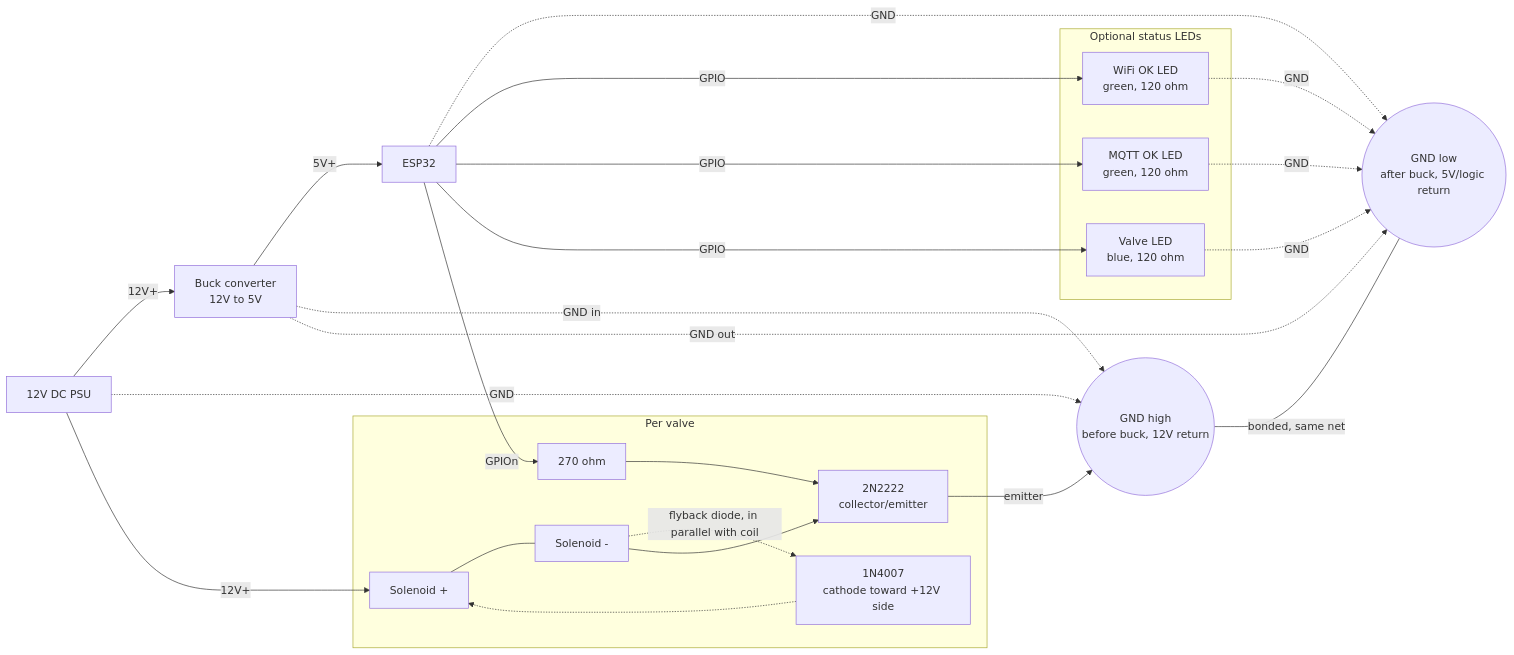
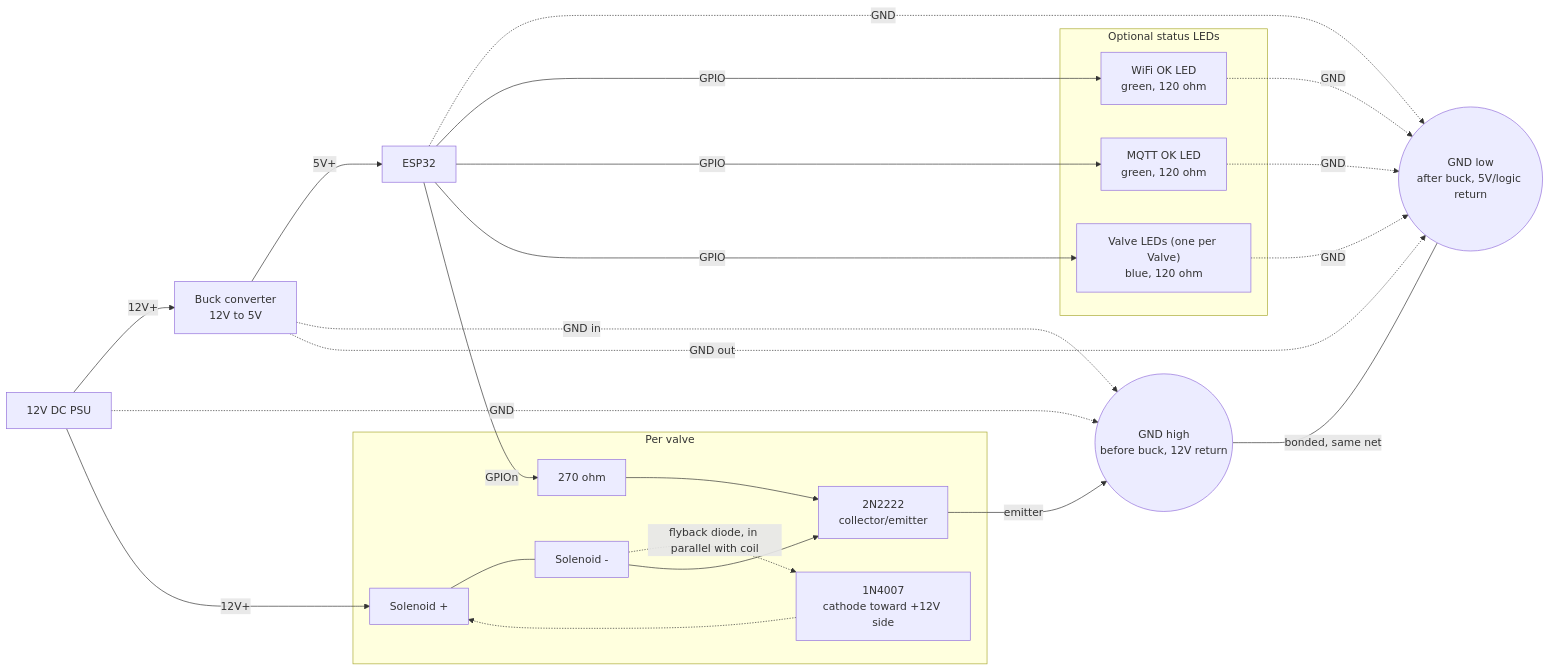
One commit to Leonetienne/Esp32-Irrigation-Computer changed the diagram in README.md. Above: the diagram before and after it, drawn with Mermaid. The commit also changed other lines of this file, not shown here.

````diff
--- a/README.md
+++ b/README.md
@@ -74,45 +74,45 @@
 ```mermaid
 flowchart LR
     PSU["12V DC PSU"]
     BUCK["Buck converter<br/>12V to 5V"]
     ESP["ESP32"]
     GNDHIGH(("GND high<br/>before buck, 12V return"))
     GNDLOW(("GND low<br/>after buck, 5V/logic return"))
 
     PSU -->|"12V+"| BUCK
     BUCK -->|"5V+"| ESP
     PSU -.->|GND| GNDHIGH
     BUCK -.->|"GND in"| GNDHIGH
     BUCK -.->|"GND out"| GNDLOW
     ESP -.->|GND| GNDLOW
     GNDHIGH ---|"bonded, same net"| GNDLOW
 
     subgraph VALVE["Per valve"]
         SOLP["Solenoid +"]
         SOLN["Solenoid -"]
         DIODE["1N4007<br/>cathode toward +12V side"]
         Q["2N2222<br/>collector/emitter"]
         RB["270 ohm"]
     end
 
     PSU -->|"12V+"| SOLP
     SOLP --- SOLN
     SOLN -.->|"flyback diode, in parallel with coil"| DIODE
     DIODE -.-> SOLP
     SOLN --> Q
     Q -->|"emitter"| GNDHIGH
     ESP -->|"GPIOn"| RB --> Q
 
     subgraph LEDS["Optional status LEDs"]
         LW["WiFi OK LED<br/>green, 120 ohm"]
         LM["MQTT OK LED<br/>green, 120 ohm"]
-        LV["Valve LED<br/>blue, 120 ohm"]
+        LV["Valve LEDs (one per Valve)<br/>blue, 120 ohm"]
     end
 
     ESP -->|GPIO| LW
     ESP -->|GPIO| LM
     ESP -->|GPIO| LV
     LW -.->|GND| GNDLOW
     LM -.->|GND| GNDLOW
     LV -.->|GND| GNDLOW
 ```
````
